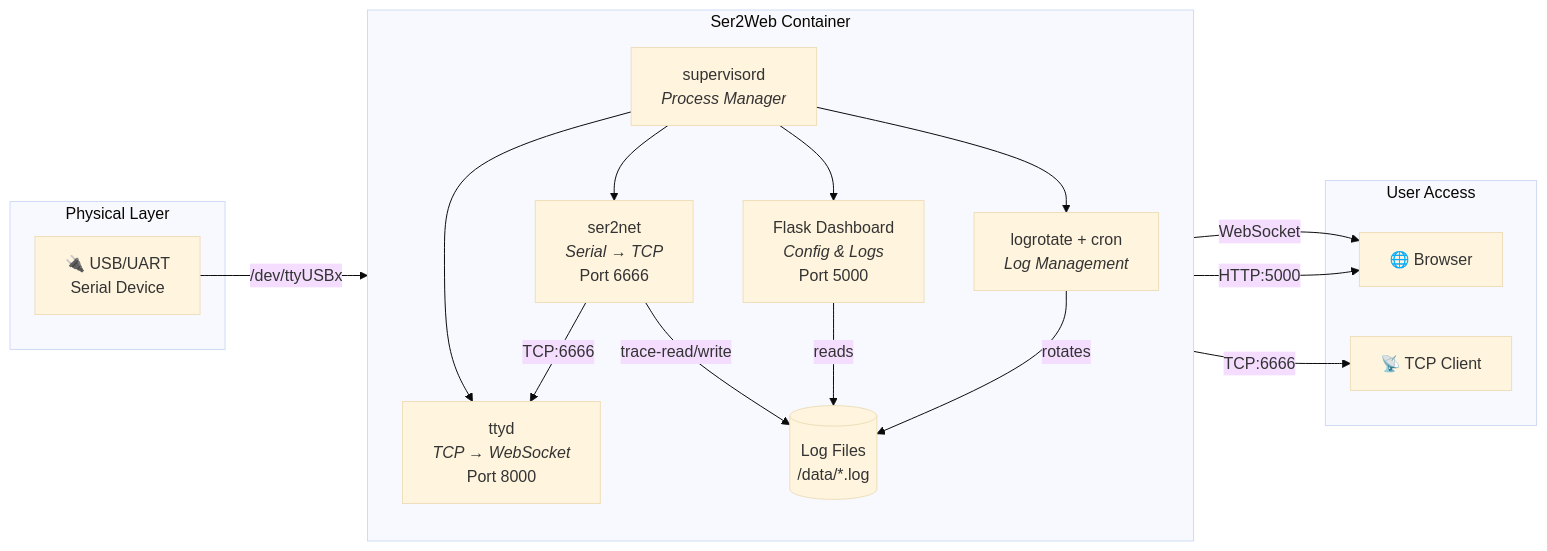
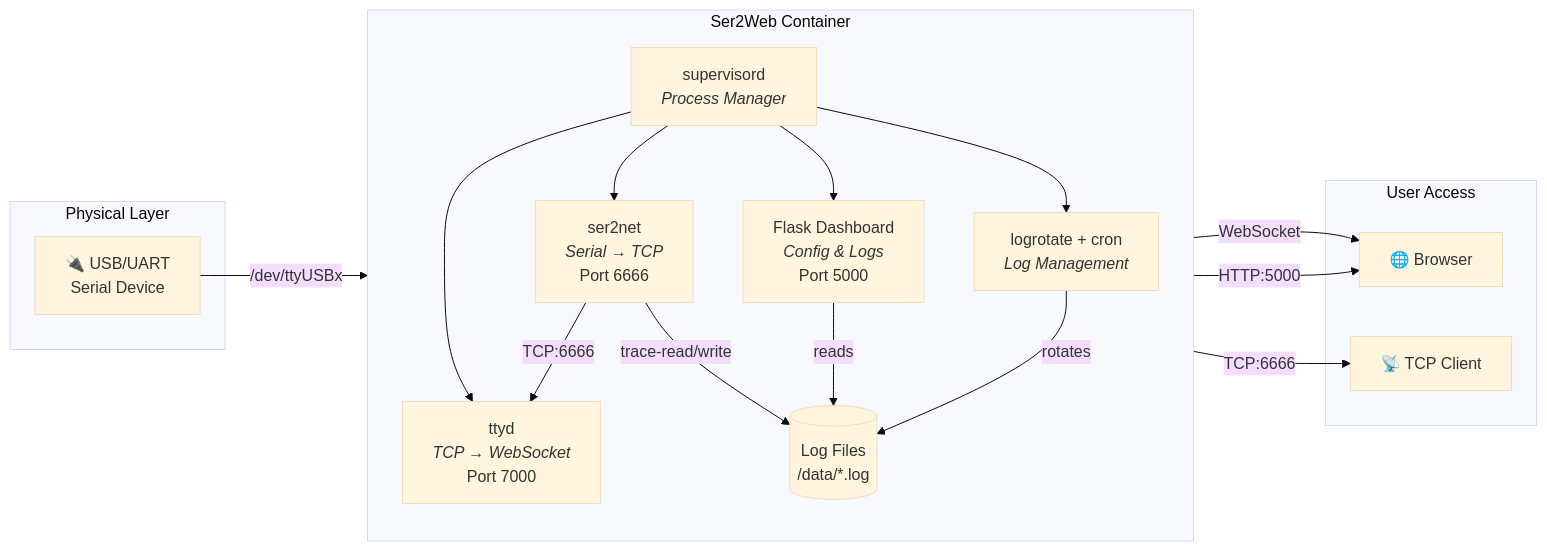
The diagram in README.md (lorenzo-deluca/term-2-web), drawn with Mermaid (base theme) before and after one commit. The commit also changed other lines of this file and 3 other files, not shown here.

Commit message:
chore: Update ttyd service port from 8000 to 7000 across all configurations and documentation.

````diff
--- a/README.md
+++ b/README.md
@@ -31,37 +31,37 @@
 ```mermaid
 graph LR
     subgraph "Physical Layer"
         DEV["🔌 USB/UART<br>Serial Device"]
     end
 
     subgraph "Ser2Web Container"
         direction TB
 
         SER2NET["ser2net<br><i>Serial → TCP</i><br>Port 6666"]
-        TTYD["ttyd<br><i>TCP → WebSocket</i><br>Port 8000"]
+        TTYD["ttyd<br><i>TCP → WebSocket</i><br>Port 7000"]
         FLASK["Flask Dashboard<br><i>Config & Logs</i><br>Port 5000"]
         SUPERVISOR["supervisord<br><i>Process Manager</i>"]
         LOGROTATE["logrotate + cron<br><i>Log Management</i>"]
         LOGS[("Log Files<br>/data/*.log")]
 
         SUPERVISOR --> SER2NET
         SUPERVISOR --> TTYD
         SUPERVISOR --> FLASK
         SUPERVISOR --> LOGROTATE
 
         SER2NET -->|"trace-read/write"| LOGS
         FLASK -->|"reads"| LOGS
         LOGROTATE -->|"rotates"| LOGS
     end
 
     subgraph "User Access"
         BROWSER["🌐 Browser"]
         TCP_CLIENT["📡 TCP Client"]
     end
 
     DEV -->|"/dev/ttyUSBx"| SER2NET
     SER2NET -->|"TCP:6666"| TTYD
     SER2NET -->|"TCP:6666"| TCP_CLIENT
     TTYD -->|"WebSocket"| BROWSER
     FLASK -->|"HTTP:5000"| BROWSER
 ```
````
